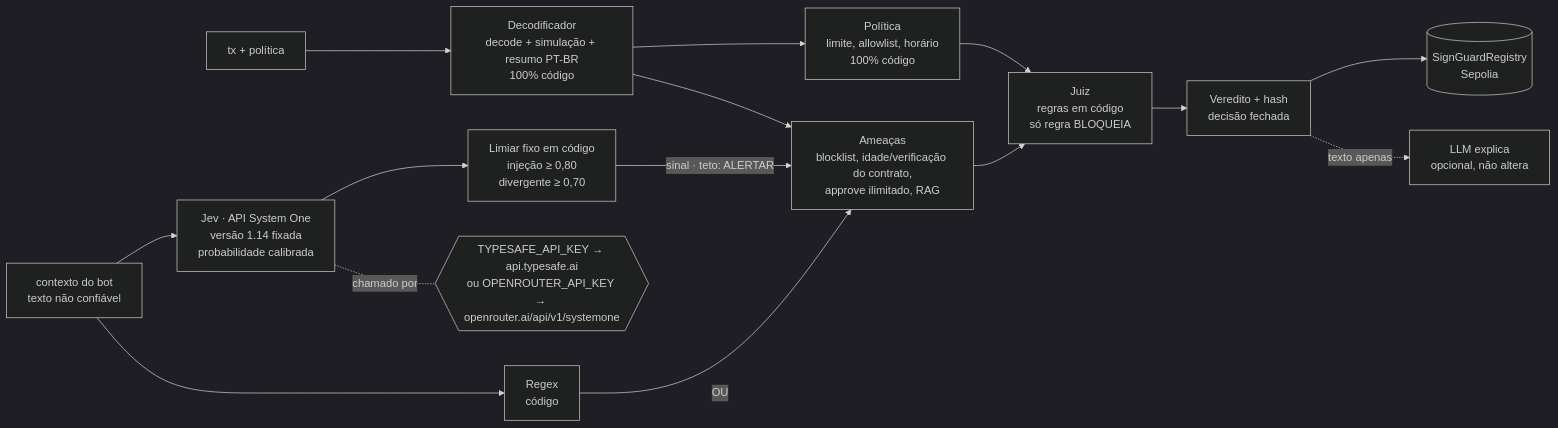
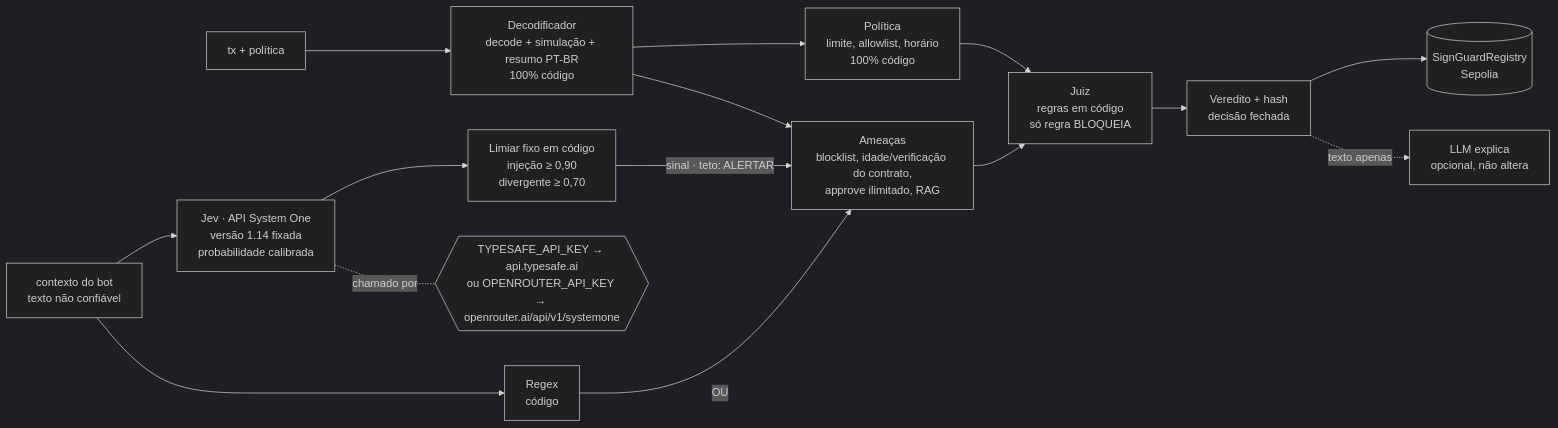
One commit to rafael-zzz/SignGuard changed the diagram in README.md. Above: the diagram before and after it, drawn with Mermaid (dark theme). The commit also changed other lines of this file and 14 other files, not shown here.

````diff
--- a/README.md
+++ b/README.md
@@ -21,17 +21,17 @@
 ```mermaid
 flowchart LR
   IN[tx + política] --> D[Decodificador<br/>decode + simulação + resumo PT-BR<br/>100% código]
   CTX[contexto do bot<br/>texto não confiável] --> RX[Regex<br/>código]
   CTX --> JEV[Jev · API System One<br/>versão 1.14 fixada<br/>probabilidade calibrada]
   JEV -. chamado por .- KEY{{TYPESAFE_API_KEY → api.typesafe.ai<br/>ou OPENROUTER_API_KEY → openrouter.ai/api/v1/systemone}}
-  JEV --> THR[Limiar fixo em código<br/>injeção ≥ 0,80<br/>divergente ≥ 0,70]
+  JEV --> THR[Limiar fixo em código<br/>injeção ≥ 0,90<br/>divergente ≥ 0,70]
   D --> T[Ameaças<br/>blocklist, idade/verificação do contrato,<br/>approve ilimitado, RAG]
   D --> P[Política<br/>limite, allowlist, horário<br/>100% código]
   RX -->|OU| T
   THR -->|sinal · teto: ALERTAR| T
   T --> J[Juiz<br/>regras em código<br/>só regra BLOQUEIA]
   P --> J
   J --> OUT[Veredito + hash<br/>decisão fechada]
   OUT -.texto apenas.-> E[LLM explica<br/>opcional, não altera]
   OUT --> R[(SignGuardRegistry<br/>Sepolia)]
 ```
````
